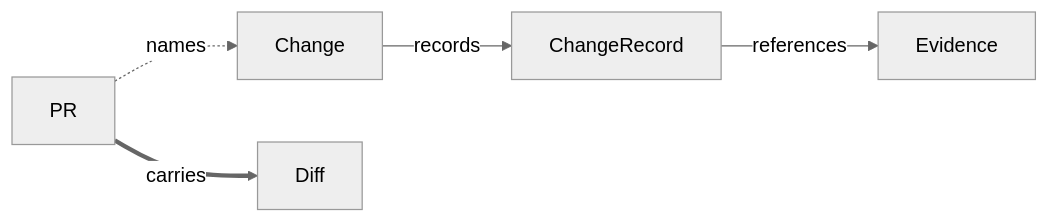
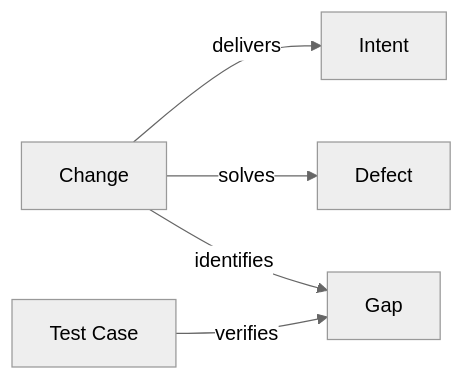
The diagram in engineering/metamodel/views/act.md (Kai-Hacks-AI/KAAL), drawn with Mermaid (neutral theme) before and after one commit. The commit also changed other lines of this file and 13 other files, not shown here.

````diff
--- a/engineering/metamodel/views/act.md
+++ b/engineering/metamodel/views/act.md
@@ -12,7 +14,7 @@
 ```mermaid
 flowchart LR
-  Change -->|records| ChangeRecord
-  ChangeRecord -->|references| Evidence
-  PR -.->|names| Change
-  PR ==>|carries| Diff
+  Change -->|delivers| Intent
+  Change -->|solves| Defect
+  Change -->|identifies| Gap
+  TestCase["Test Case"] -->|verifies| Gap
 ```
````
